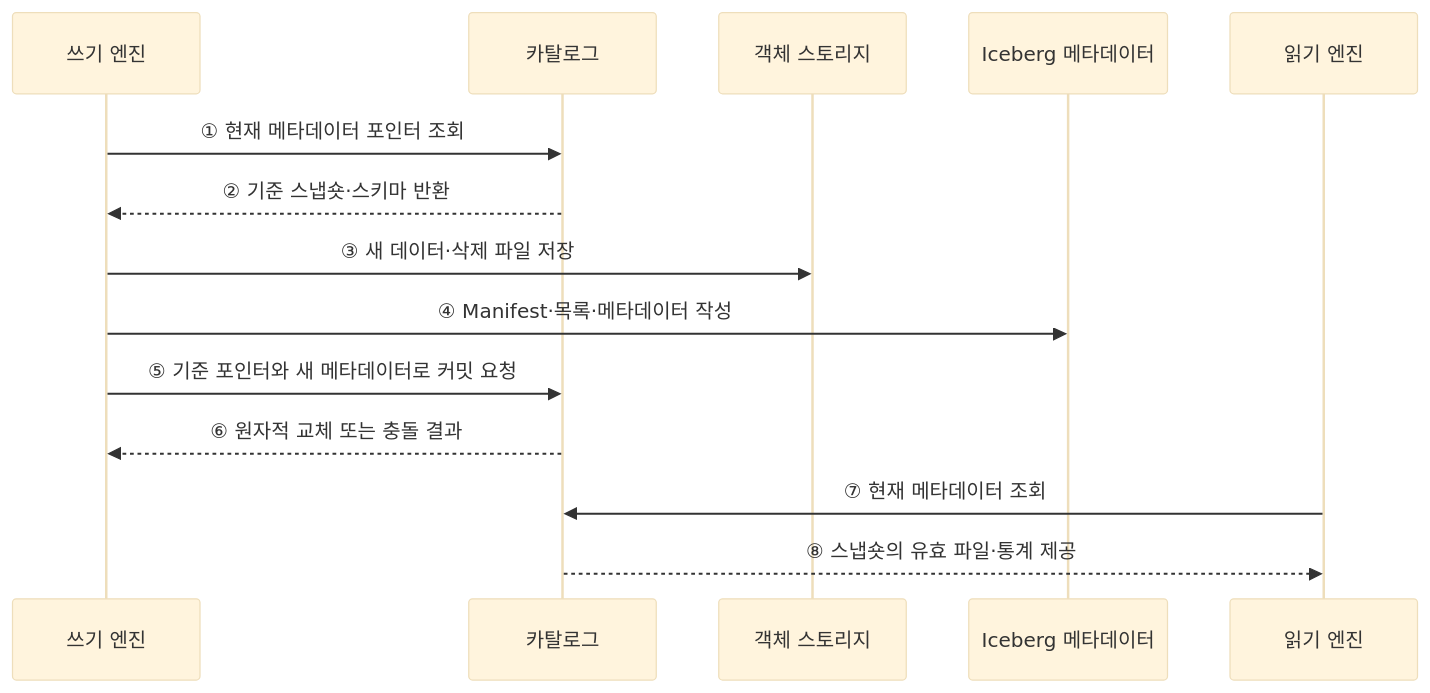
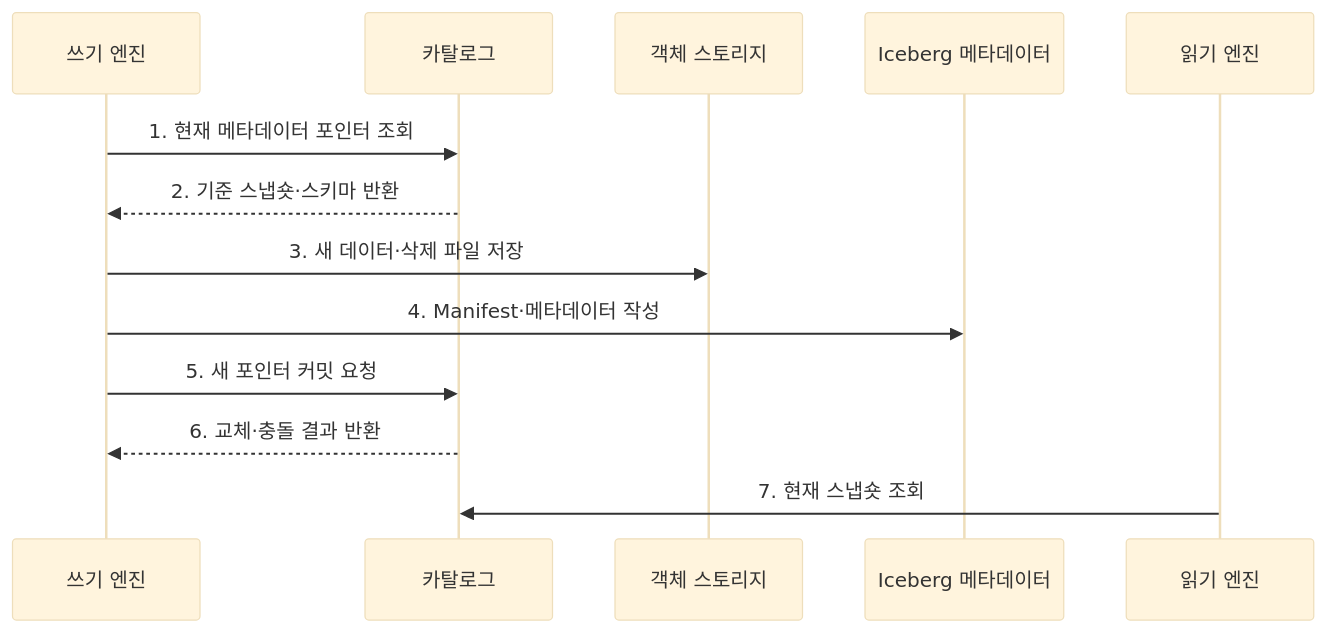
One commit to agnusdei1207/knowledge-base changed the second of 2 diagrams in src/content/docs/notes/03-software/128_apache_iceberg.md. Above: the diagram before and after it, drawn with Mermaid (base theme). The commit also changed other lines of this file and 20 other files, not shown here.

````diff
--- a/src/content/docs/notes/03-software/128_apache_iceberg.md
+++ b/src/content/docs/notes/03-software/128_apache_iceberg.md
@@ -71,16 +81,15 @@
 ```mermaid
 sequenceDiagram
     participant W as 쓰기 엔진
     participant C as 카탈로그
     participant D as 객체 스토리지
     participant M as Iceberg 메타데이터
     participant R as 읽기 엔진
-    W->>C: ① 현재 메타데이터 포인터 조회
-    C-->>W: ② 기준 스냅숏·스키마 반환
-    W->>D: ③ 새 데이터·삭제 파일 저장
-    W->>M: ④ Manifest·목록·메타데이터 작성
-    W->>C: ⑤ 기준 포인터와 새 메타데이터로 커밋 요청
-    C-->>W: ⑥ 원자적 교체 또는 충돌 결과
-    R->>C: ⑦ 현재 메타데이터 조회
-    C-->>R: ⑧ 스냅숏의 유효 파일·통계 제공
+    W->>C: 1. 현재 메타데이터 포인터 조회
+    C-->>W: 2. 기준 스냅숏·스키마 반환
+    W->>D: 3. 새 데이터·삭제 파일 저장
+    W->>M: 4. Manifest·메타데이터 작성
+    W->>C: 5. 새 포인터 커밋 요청
+    C-->>W: 6. 교체·충돌 결과 반환
+    R->>C: 7. 현재 스냅숏 조회
 ```
````
